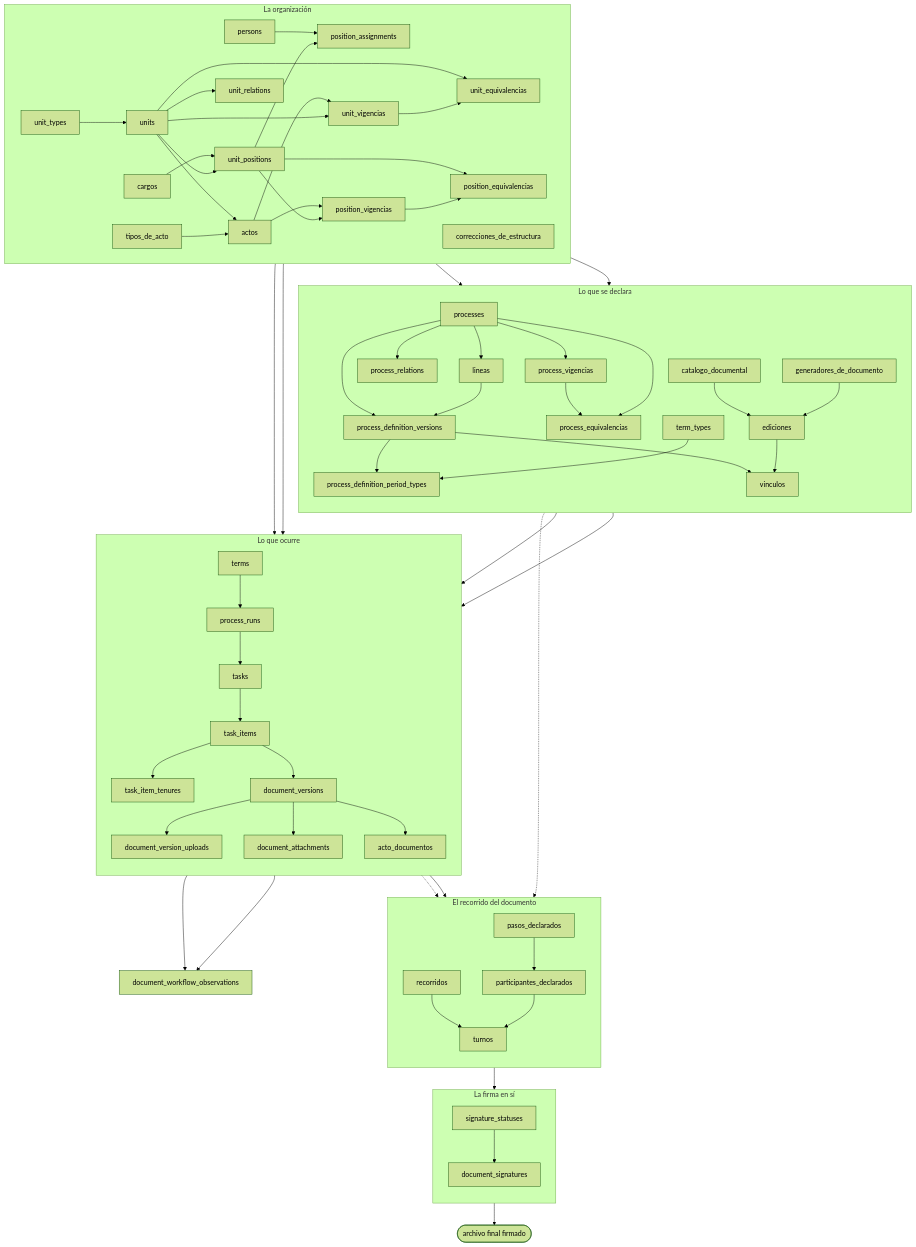
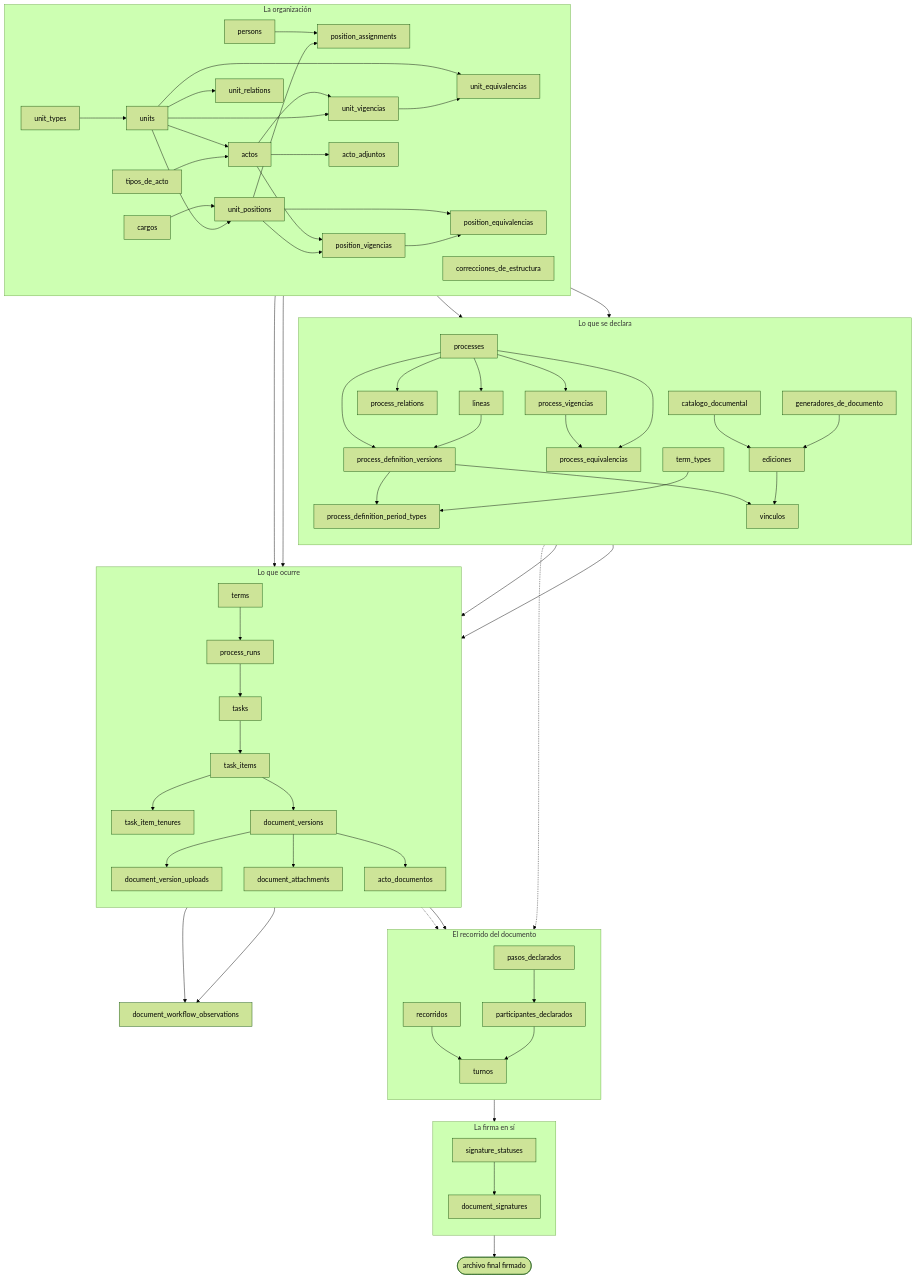
One commit to fresvel/deasy changed the diagram in docs/src/content/docs/modelo/mapa-completo.md. Above: the diagram before and after it, drawn with Mermaid (forest theme). The commit also changed other lines of this file and 27 other files, not shown here.

````diff
--- a/docs/src/content/docs/modelo/mapa-completo.md
+++ b/docs/src/content/docs/modelo/mapa-completo.md
@@ -22,79 +22,80 @@
 ```mermaid
 flowchart TB
   subgraph ORG["La organización"]
     direction LR
     UT["unit_types"] --> U["units"]
     U --> UP["unit_positions"]
     C["cargos"] --> UP
     UP --> PA["position_assignments"]
     P["persons"] --> PA
     U --> UR["unit_relations"]
     U --> UV["unit_vigencias"]
     CORR["correcciones_de_estructura"]
     UP --> PVG["position_vigencias"]
     UV --> UEQ["unit_equivalencias"]
     U --> UEQ
     PVG --> PEQ["position_equivalencias"]
     UP --> PEQ
     ACT --> PVG
     TDA["tipos_de_acto"] --> ACT["actos"]
+    ACT --> AA["acto_adjuntos"]
     U --> ACT
     ACT --> UV
   end
 
   subgraph DECL["Lo que se declara"]
     direction TB
     PR["processes"] --> PDV["process_definition_versions"]
     PR --> PV["process_vigencias"]
     PR --> PREL["process_relations"]
     PV --> PREQ["process_equivalencias"]
     PR --> PREQ
     ACT --> PREL
     ACT --> PV
     PR --> LIN["lineas"]
     LIN --> PDV
     PDV --> PDPT["process_definition_period_types"]
     TT["term_types"] --> PDPT
     DEL["catalogo_documental"] --> TA["ediciones"]
     GEN["generadores_de_documento"] --> TA
     PDV --> PDT["vinculos"]
     TA --> PDT
   end
 
   subgraph EJEC["Lo que ocurre"]
     direction TB
     PDV --> RUN["process_runs"]
     TERM["terms"] --> RUN
     RUN --> T["tasks"]
     T --> TI["task_items"]
     PDT --> TI
     UP --> TI
     TI --> TEN["task_item_tenures"]
     TI --> DV["document_versions"]
     DV --> DVU["document_version_uploads"]
     DV --> DA["document_attachments"]
     DV --> AD["acto_documentos"]
   end
 
   ACT --> AD
 
   subgraph REC["El recorrido del documento"]
     direction TB
     PASO["pasos_declarados"] --> PART["participantes_declarados"]
     RECO["recorridos"] --> TUR["turnos"]
     PART --> TUR
   end
 
   subgraph FIR["La firma en sí"]
     direction TB
     TUR --> DS["document_signatures"]
     SS["signature_statuses"] --> DS
   end
 
   TA -.-> PASO
   TI -.-> PASO
   DV --> RECO
   DS --> FIN(["archivo final firmado"])
   TI --> OBS["document_workflow_observations"]
   DV --> OBS
 ```
````
